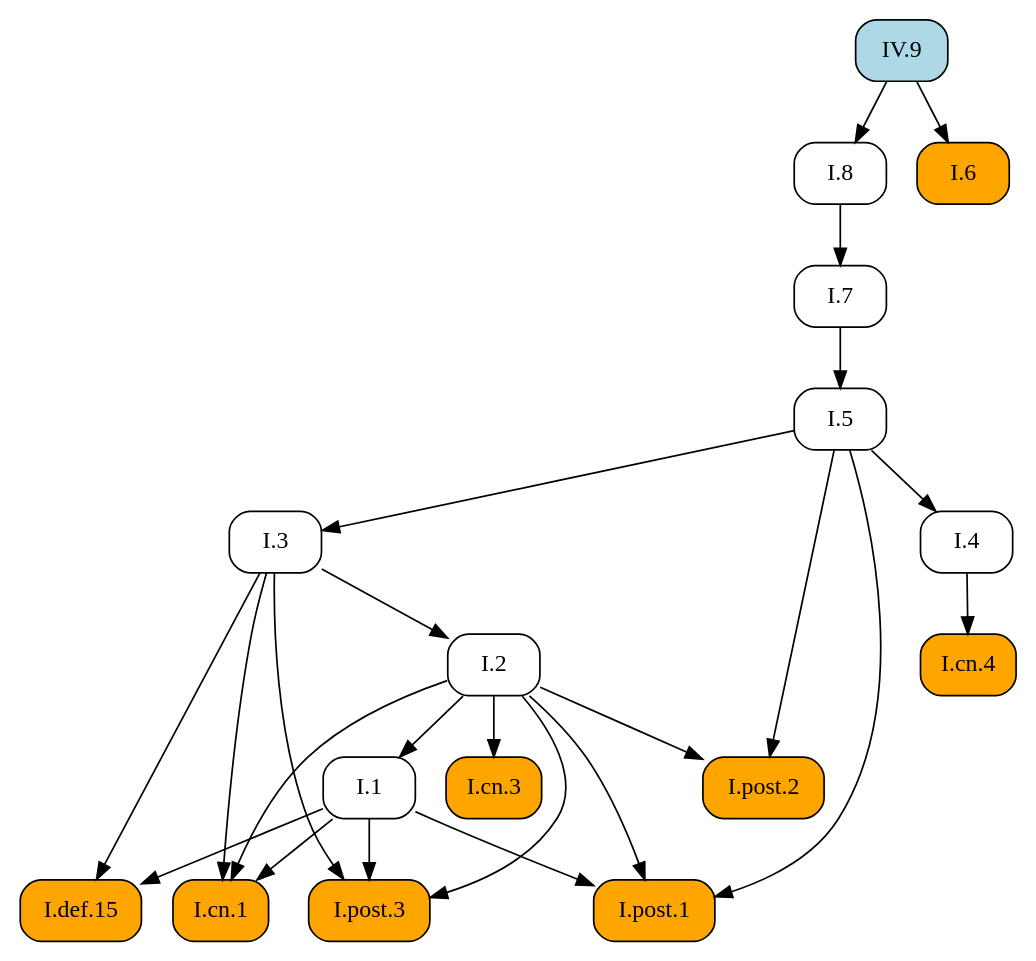
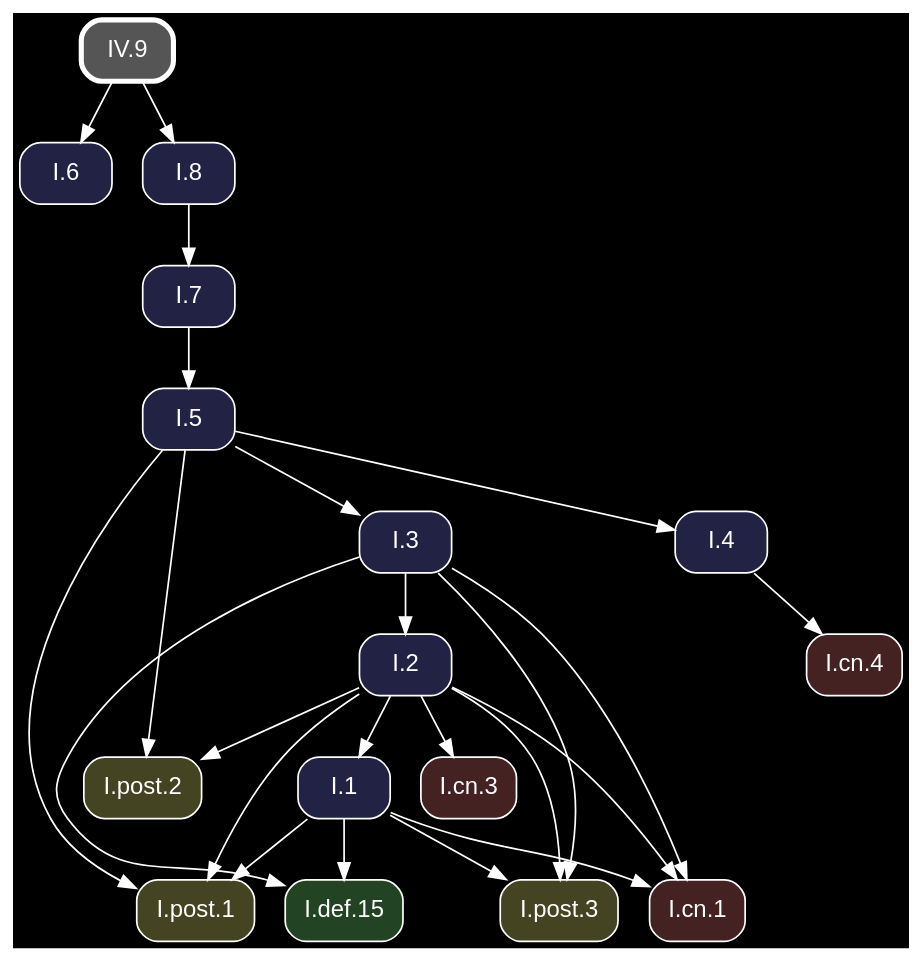
One commit to geometor/elements changed the diagram in docsrc/heath/IV/9/index.rst. Above: the diagram before and after it, drawn with Graphviz. The commit also changed other lines of this file and 1200 other files, not shown here.

Commit message:
update dependency graphs

```diff
--- a/docsrc/heath/IV/9/index.rst
+++ b/docsrc/heath/IV/9/index.rst
@@ -51,45 +51,47 @@
 .. graphviz::
 
    digraph {
+     bgcolor="black";
+     node [shape=box, style="rounded,filled", fontname="Helvetica", color="white", fontcolor="white"];
+     edge [color="white", fontcolor="white"];
      rankdir="TB";
-     node [shape=box, style=rounded];
-     "I.cn.1" [style="rounded,filled", fillcolor=orange, URL="/heath/I/cn.1/", target="_top"];
-     "I.7" [URL="/heath/I/7/", target="_top"];
-     "I.2" [URL="/heath/I/2/", target="_top"];
-     "I.def.15" [style="rounded,filled", fillcolor=orange, URL="/heath/I/def.15/", target="_top"];
-     "I.6" [style="rounded,filled", fillcolor=orange, URL="/heath/I/6/", target="_top"];
-     "I.4" [URL="/heath/I/4/", target="_top"];
-     "I.cn.4" [style="rounded,filled", fillcolor=orange, URL="/heath/I/cn.4/", target="_top"];
-     "I.1" [URL="/heath/I/1/", target="_top"];
-     "I.5" [URL="/heath/I/5/", target="_top"];
-     "I.post.1" [style="rounded,filled", fillcolor=orange, URL="/heath/I/post.1/", target="_top"];
-     "I.8" [URL="/heath/I/8/", target="_top"];
-     "I.post.2" [style="rounded,filled", fillcolor=orange, URL="/heath/I/post.2/", target="_top"];
-     "I.post.3" [style="rounded,filled", fillcolor=orange, URL="/heath/I/post.3/", target="_top"];
-     "IV.9" [style="rounded,filled", fillcolor=lightblue, URL="/heath/IV/9/", target="_top"];
-     "I.cn.3" [style="rounded,filled", fillcolor=orange, URL="/heath/I/cn.3/", target="_top"];
-     "I.3" [URL="/heath/I/3/", target="_top"];
+     "I.6" [fillcolor="#222244", URL="/heath/I/6/", target="_top"];
+     "I.post.2" [fillcolor="#444422", URL="/heath/I/post.2/", target="_top"];
+     "I.1" [fillcolor="#222244", URL="/heath/I/1/", target="_top"];
+     "I.3" [fillcolor="#222244", URL="/heath/I/3/", target="_top"];
+     "I.post.1" [fillcolor="#444422", URL="/heath/I/post.1/", target="_top"];
+     "I.cn.1" [fillcolor="#442222", URL="/heath/I/cn.1/", target="_top"];
+     "I.8" [fillcolor="#222244", URL="/heath/I/8/", target="_top"];
+     "I.4" [fillcolor="#222244", URL="/heath/I/4/", target="_top"];
+     "I.post.3" [fillcolor="#444422", URL="/heath/I/post.3/", target="_top"];
+     "I.cn.3" [fillcolor="#442222", URL="/heath/I/cn.3/", target="_top"];
+     "IV.9" [penwidth=3, color="white", fillcolor="#555555", URL="/heath/IV/9/", target="_top"];
+     "I.7" [fillcolor="#222244", URL="/heath/I/7/", target="_top"];
+     "I.def.15" [fillcolor="#224422", URL="/heath/I/def.15/", target="_top"];
+     "I.5" [fillcolor="#222244", URL="/heath/I/5/", target="_top"];
+     "I.2" [fillcolor="#222244", URL="/heath/I/2/", target="_top"];
+     "I.cn.4" [fillcolor="#442222", URL="/heath/I/cn.4/", target="_top"];
+     "IV.9" -> "I.6";
+     "I.2" -> "I.post.2";
+     "I.5" -> "I.post.2";
+     "I.2" -> "I.1";
+     "I.5" -> "I.3";
+     "I.1" -> "I.post.1";
+     "I.2" -> "I.post.1";
+     "I.5" -> "I.post.1";
      "I.1" -> "I.cn.1";
      "I.2" -> "I.cn.1";
      "I.3" -> "I.cn.1";
-     "I.8" -> "I.7";
-     "I.3" -> "I.2";
-     "I.1" -> "I.def.15";
-     "I.3" -> "I.def.15";
-     "IV.9" -> "I.6";
+     "IV.9" -> "I.8";
      "I.5" -> "I.4";
-     "I.4" -> "I.cn.4";
-     "I.2" -> "I.1";
-     "I.7" -> "I.5";
-     "I.1" -> "I.post.1";
-     "I.2" -> "I.post.1";
-     "I.5" -> "I.post.1";
-     "IV.9" -> "I.8";
-     "I.2" -> "I.post.2";
-     "I.5" -> "I.post.2";
      "I.1" -> "I.post.3";
      "I.2" -> "I.post.3";
      "I.3" -> "I.post.3";
      "I.2" -> "I.cn.3";
-     "I.5" -> "I.3";
+     "I.8" -> "I.7";
+     "I.1" -> "I.def.15";
+     "I.3" -> "I.def.15";
+     "I.7" -> "I.5";
+     "I.3" -> "I.2";
+     "I.4" -> "I.cn.4";
    }
```
